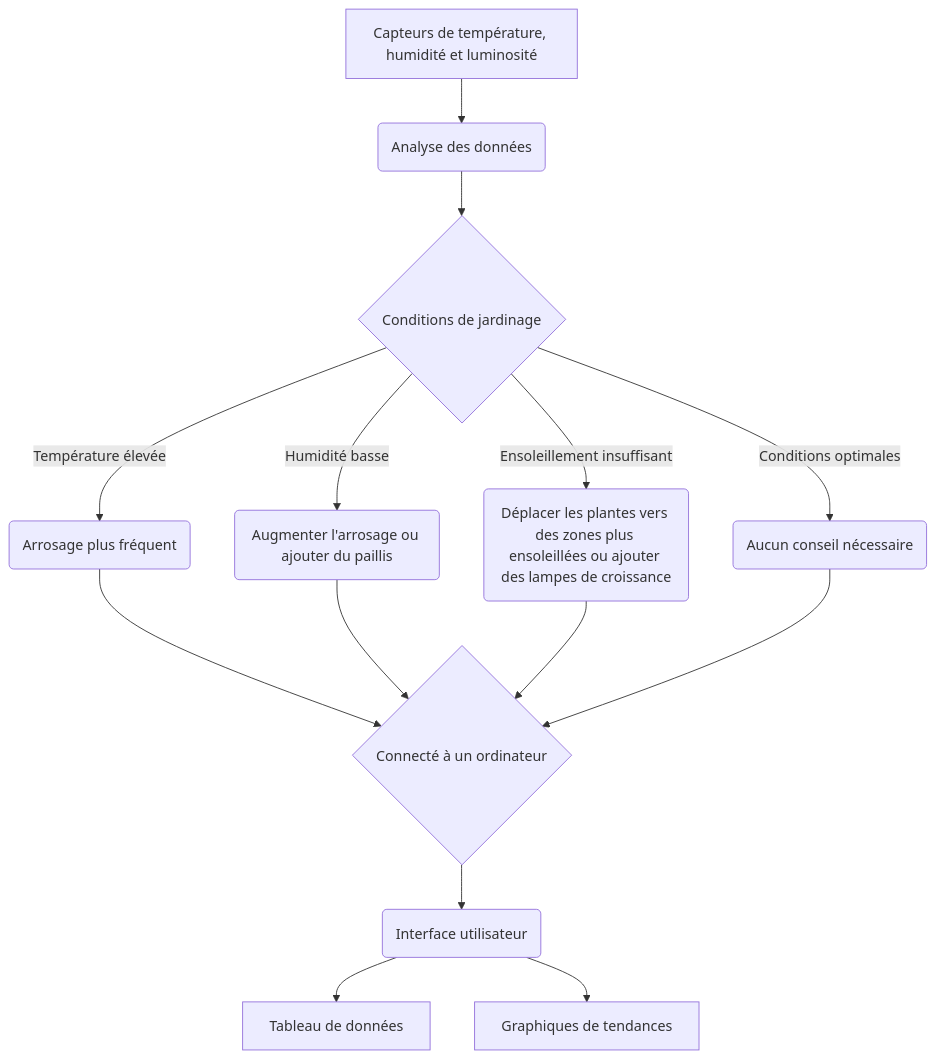
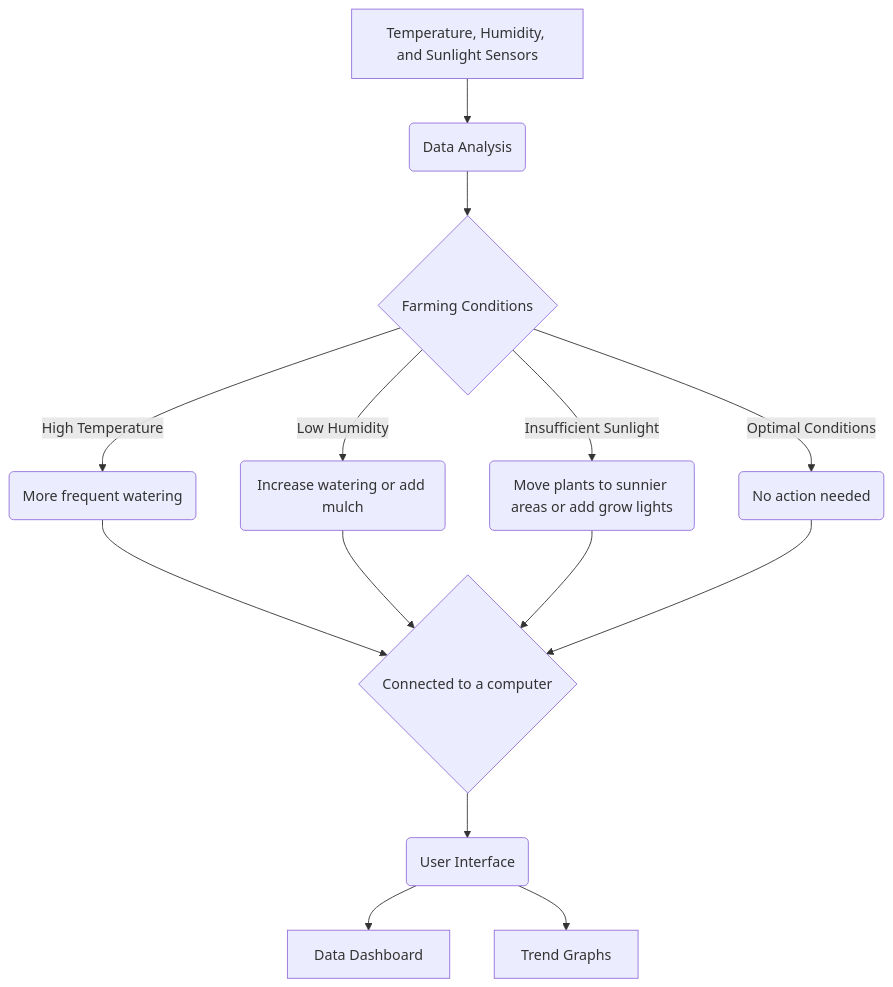
The diagram in README.md (THE07s/site-web-html5-css3-), drawn with Mermaid before and after one commit. The commit also changed other lines of this file, not shown here.

````diff
--- a/README.md
+++ b/README.md
@@ -49,16 +58,16 @@
 ```mermaid
 graph TD;
-    A[Capteurs de température, humidité et luminosité] --> B(Analyse des données);
-    B --> C{Conditions de jardinage};
-    C -->|Température élevée| D(Arrosage plus fréquent);
-    C -->|Humidité basse| E(Augmenter l'arrosage ou ajouter du paillis);
-    C -->|Ensoleillement insuffisant| F(Déplacer les plantes vers des zones plus ensoleillées ou ajouter des lampes de croissance);
-    C -->|Conditions optimales| G(Aucun conseil nécessaire);
-    D --> H{Connecté à un ordinateur};
+    A[Temperature, Humidity, and Sunlight Sensors] --> B(Data Analysis);
+    B --> C{Farming Conditions};
+    C -->|High Temperature| D(More frequent watering);
+    C -->|Low Humidity| E(Increase watering or add mulch);
+    C -->|Insufficient Sunlight| F(Move plants to sunnier areas or add grow lights);
+    C -->|Optimal Conditions| G(No action needed);
+    D --> H{Connected to a computer};
     E --> H;
     F --> H;
     G --> H;
-    H --> I(Interface utilisateur);
-    I --> J[Tableau de données];
-    I --> K[Graphiques de tendances];
+    H --> I(User Interface);
+    I --> J[Data Dashboard];
+    I --> K[Trend Graphs];
 ```
````
